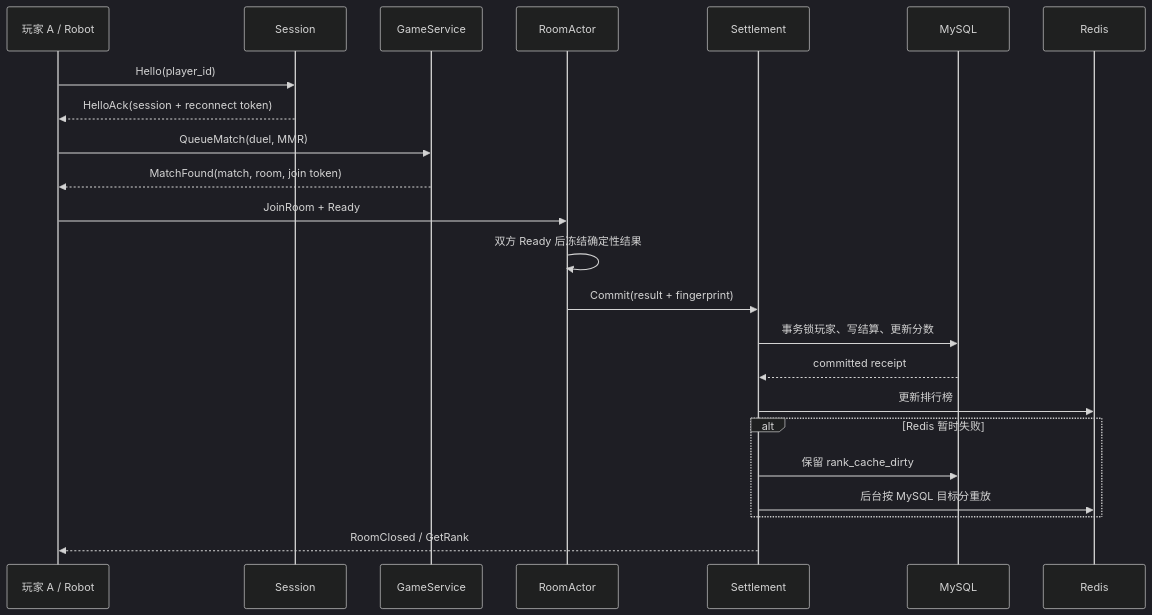
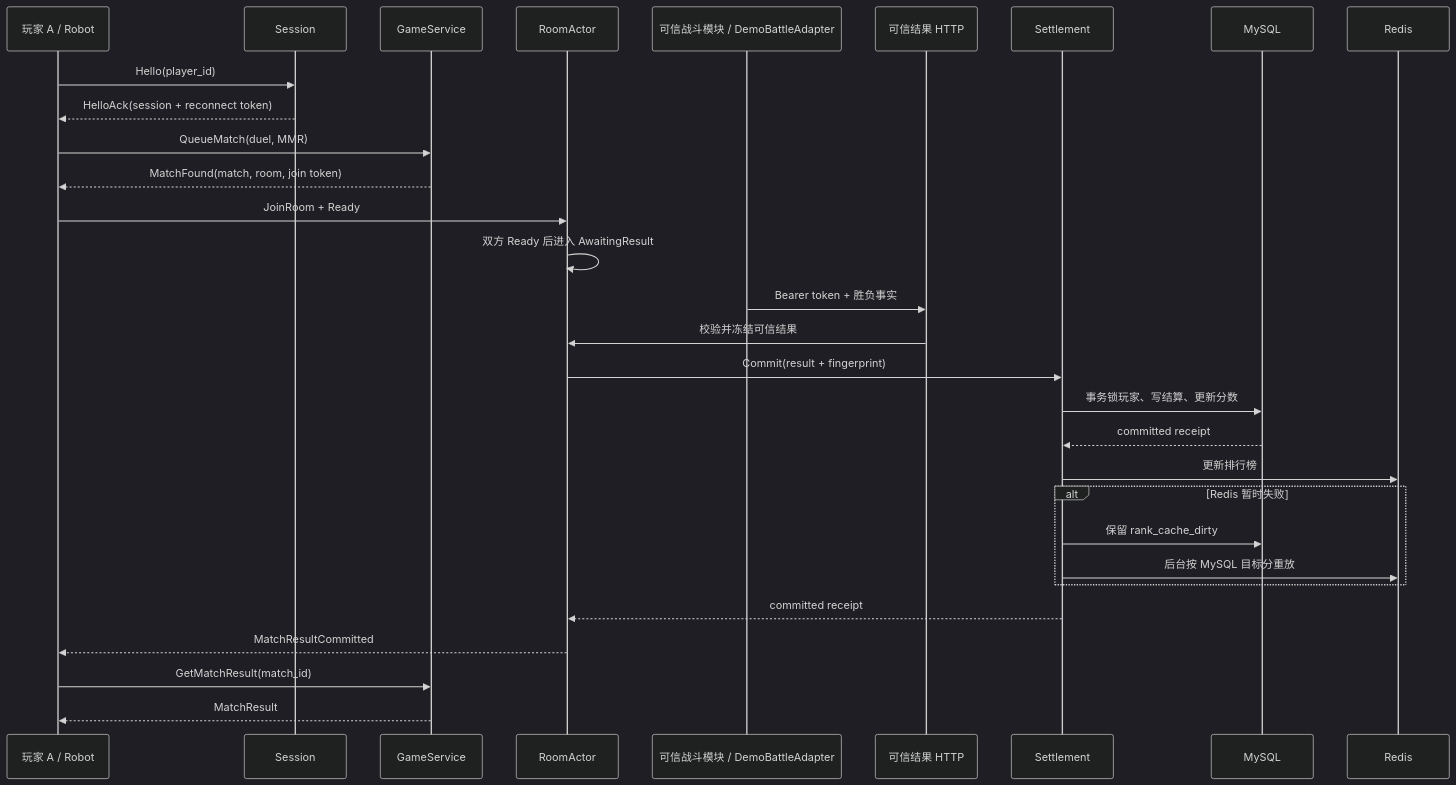
Before and after one commit to jingjie2002/arena-core-server: the diagram in docs/protocol-and-flow.md, drawn with Mermaid (dark theme). The commit also changed other lines of this file and 65 other files, not shown here.

Commit message:
feat: add trusted match result ingress

````diff
--- a/docs/protocol-and-flow.md
+++ b/docs/protocol-and-flow.md
@@ -12,25 +12,32 @@
 ```mermaid
 sequenceDiagram
   participant A as 玩家 A / Robot
   participant S as Session
   participant G as GameService
   participant R as RoomActor
+  participant B as 可信战斗模块 / DemoBattleAdapter
+  participant H as 可信结果 HTTP
   participant D as Settlement
   participant M as MySQL
   participant C as Redis
   A->>S: Hello(player_id)
   S-->>A: HelloAck(session + reconnect token)
   A->>G: QueueMatch(duel, MMR)
   G-->>A: MatchFound(match, room, join token)
   A->>R: JoinRoom + Ready
-  R->>R: 双方 Ready 后冻结确定性结果
+  R->>R: 双方 Ready 后进入 AwaitingResult
+  B->>H: Bearer token + 胜负事实
+  H->>R: 校验并冻结可信结果
   R->>D: Commit(result + fingerprint)
   D->>M: 事务锁玩家、写结算、更新分数
   M-->>D: committed receipt
   D->>C: 更新排行榜
   alt Redis 暂时失败
     D->>M: 保留 rank_cache_dirty
     D->>C: 后台按 MySQL 目标分重放
   end
-  D-->>A: RoomClosed / GetRank
+  D-->>R: committed receipt
+  R-->>A: MatchResultCommitted
+  A->>G: GetMatchResult(match_id)
+  G-->>A: MatchResult
 ```
````
